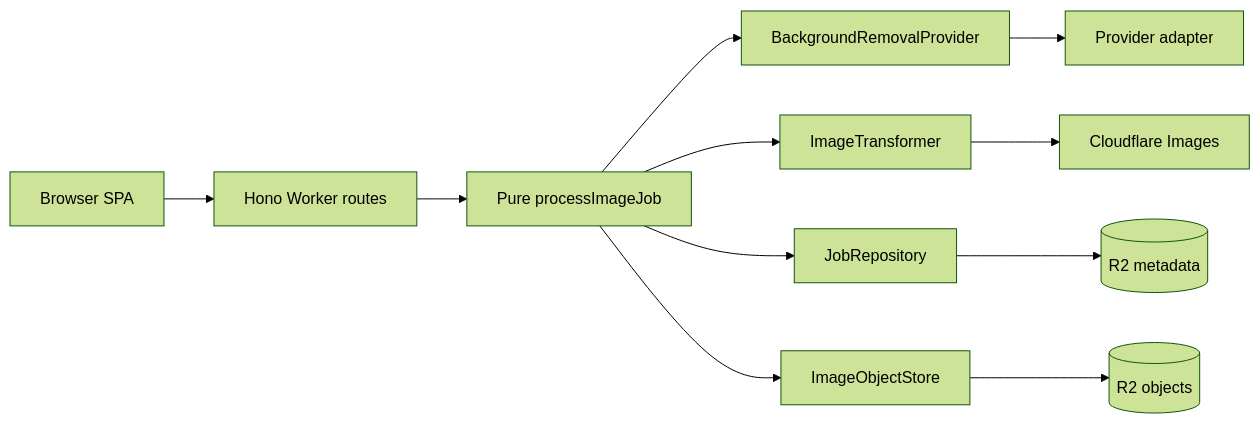
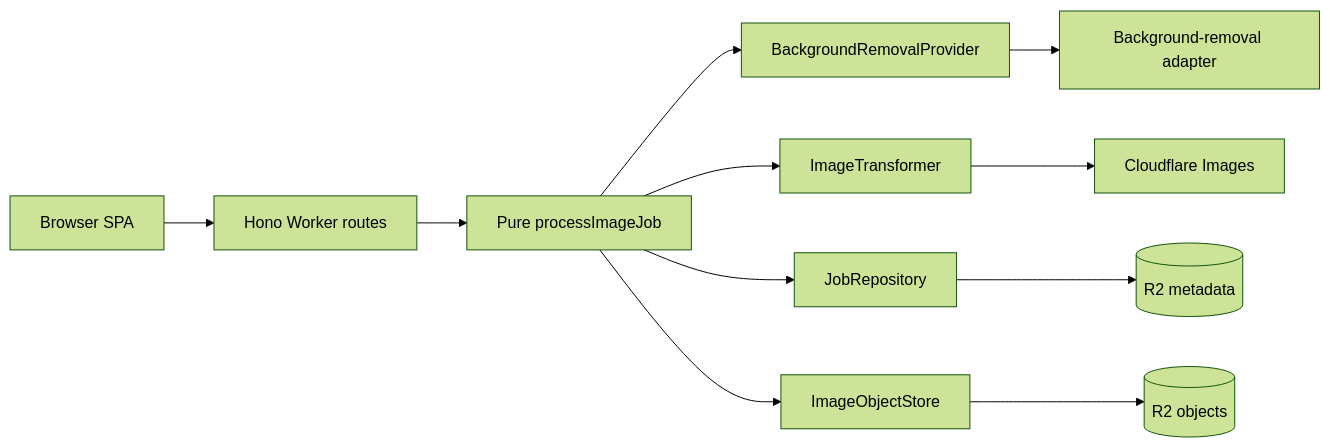
Before and after one commit to ozby/edge-matte: the diagram in blueprints/completed/2026-05-27-edge-matte.md, drawn with Mermaid (forest theme). The commit also changed other lines of this file and 8 other files, not shown here.

````diff
--- a/blueprints/completed/2026-05-27-edge-matte.md
+++ b/blueprints/completed/2026-05-27-edge-matte.md
@@ -187,13 +187,13 @@
 ```mermaid
 flowchart LR
     UI[Browser SPA] --> API[Hono Worker routes]
     API --> CORE[Pure processImageJob]
     CORE --> BG[BackgroundRemovalProvider]
     CORE --> IMG[ImageTransformer]
     CORE --> JOBS[JobRepository]
     CORE --> BLOBS[ImageObjectStore]
-    BG --> PHOTOROOM[Provider adapter]
+    BG --> SEGMENT[Background-removal adapter]
     IMG --> CFIMG[Cloudflare Images]
     JOBS --> R2[(R2 metadata)]
     BLOBS --> R2B[(R2 objects)]
 ```
````
